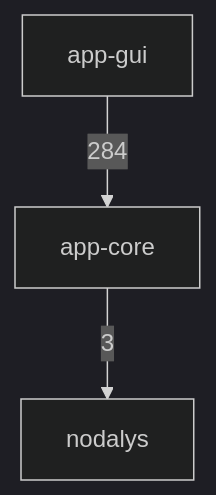
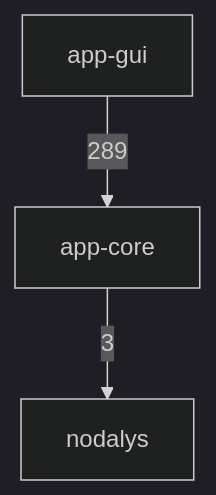
The first of 3 diagrams in docs/architecture.md (ronnymilleo/imcsim), drawn with Mermaid (dark theme) before and after one commit. The commit also changed other lines of this file and 6 other files, not shown here.

````diff
--- a/docs/architecture.md
+++ b/docs/architecture.md
@@ -22,8 +22,8 @@
 ```mermaid
 flowchart TD
     app_gui[app-gui]
     app_core[app-core]
     nodalys[nodalys]
     app_core -->|3| nodalys
-    app_gui -->|284| app_core
+    app_gui -->|289| app_core
 ```
````
